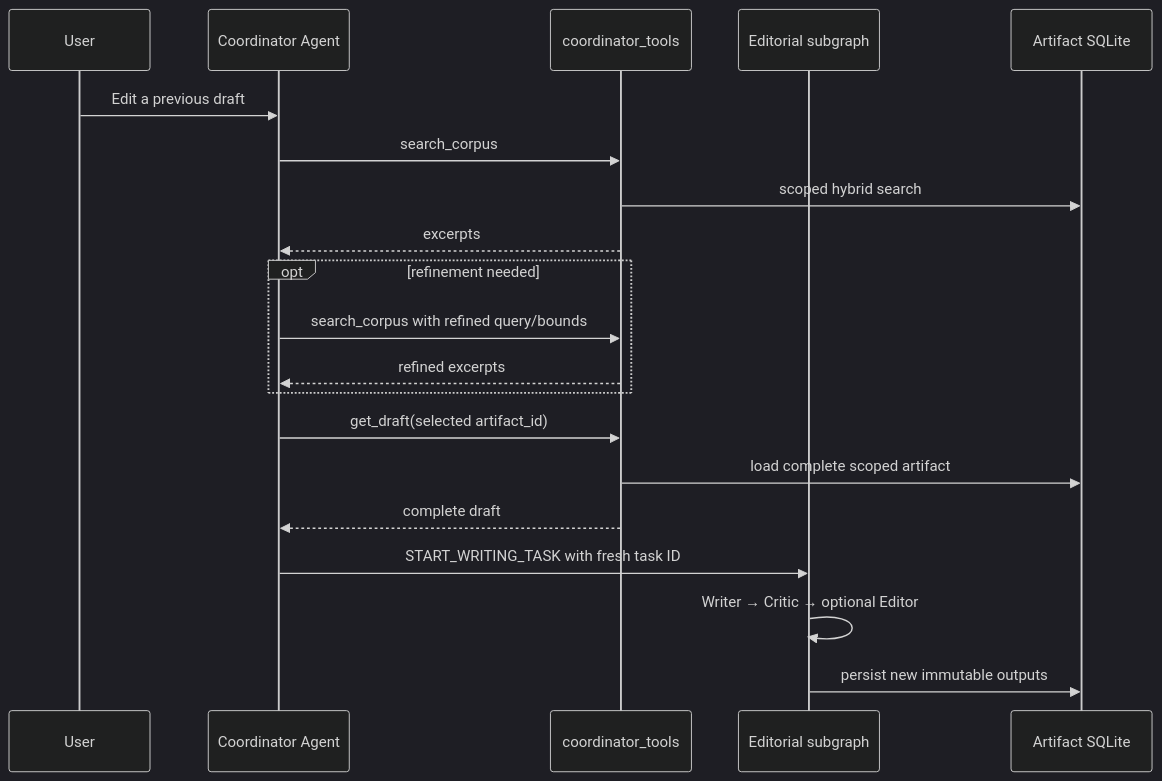
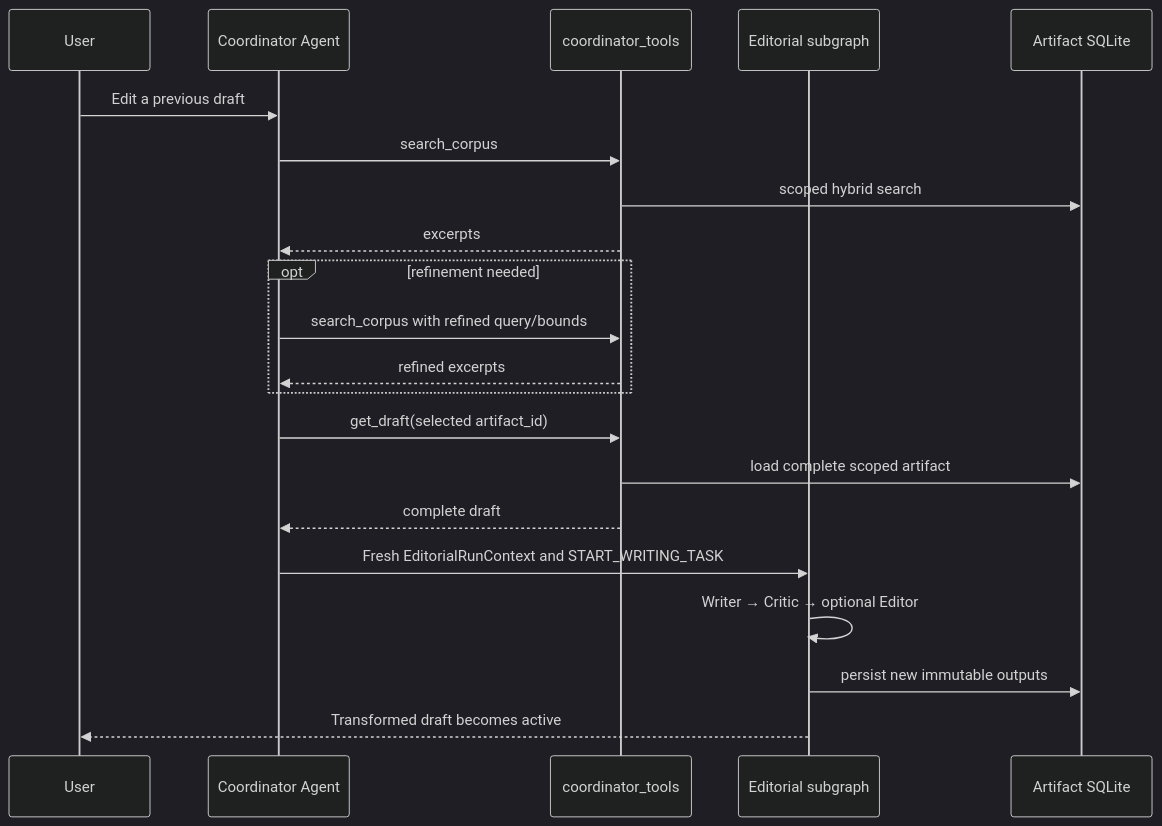
One commit to camomilesson/editorial-team-v2 changed the eighth of 10 diagrams in README.md. Above: the diagram before and after it, drawn with Mermaid (dark theme). The commit also changed other lines of this file, not shown here.

````diff
--- a/README.md
+++ b/README.md
@@ -454,22 +538,23 @@
 ```mermaid
 sequenceDiagram
     participant U as User
     participant C as Coordinator Agent
     participant T as coordinator_tools
     participant E as Editorial subgraph
     participant A as Artifact SQLite
     U->>C: Edit a previous draft
     C->>T: search_corpus
     T->>A: scoped hybrid search
     T-->>C: excerpts
     opt refinement needed
         C->>T: search_corpus with refined query/bounds
         T-->>C: refined excerpts
     end
     C->>T: get_draft(selected artifact_id)
     T->>A: load complete scoped artifact
     T-->>C: complete draft
-    C->>E: START_WRITING_TASK with fresh task ID
+    C->>E: Fresh EditorialRunContext and START_WRITING_TASK
     E->>E: Writer → Critic → optional Editor
     E->>A: persist new immutable outputs
+    E-->>U: Transformed draft becomes active
 ```
````
